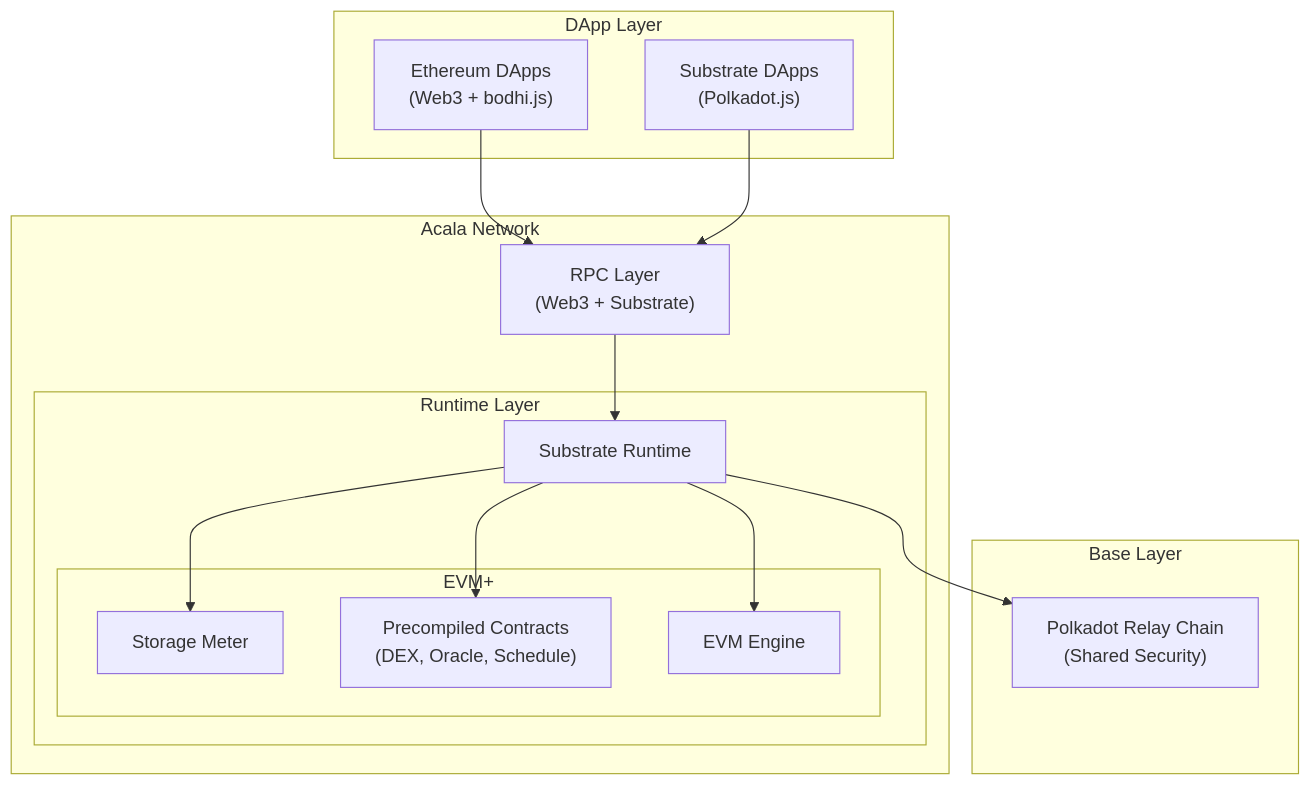
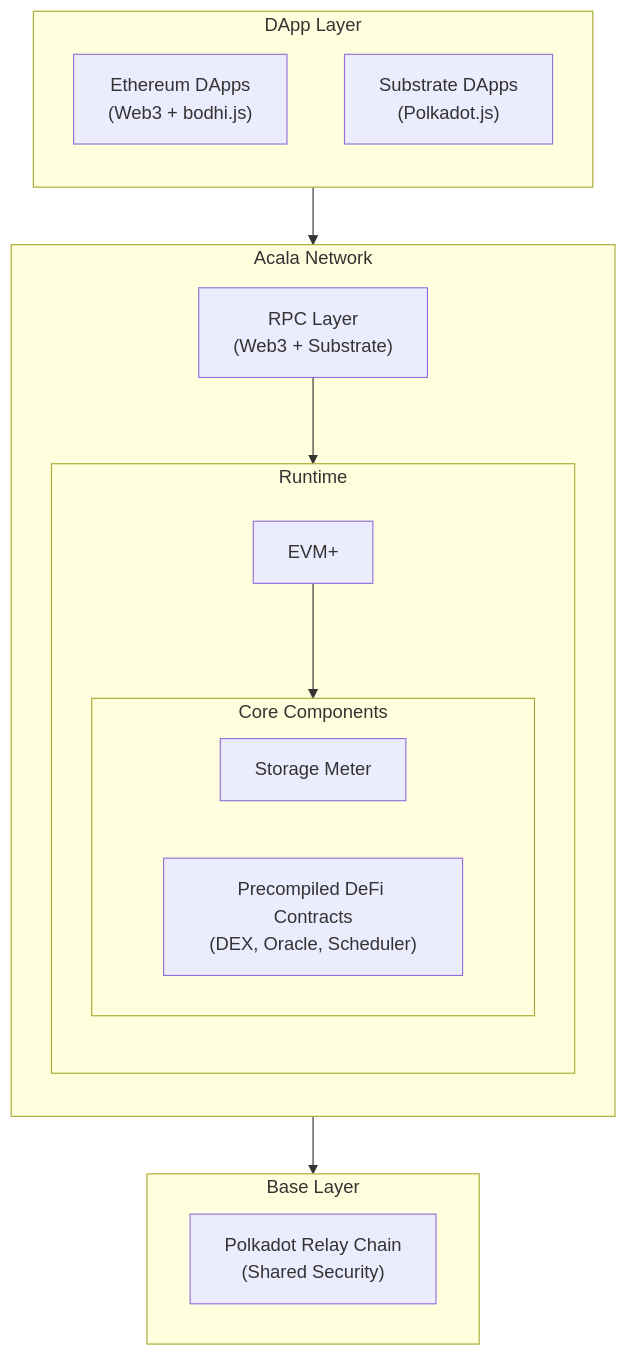
One commit to polkadot-developers/polkadot-docs changed the third of 3 diagrams in develop/smart-contracts/evm/parachain-contracts.md. Above: the diagram before and after it, drawn with Mermaid. The commit also changed other lines of this file, not shown here.

````diff
--- a/develop/smart-contracts/evm/parachain-contracts.md
+++ b/develop/smart-contracts/evm/parachain-contracts.md
@@ -123,34 +145,34 @@
 ```mermaid
 graph TB
-    subgraph "DApp Layer"
+    subgraph A["DApp Layer"]
+        direction TB
         eth["Ethereum DApps\n(Web3 + bodhi.js)"]
         substrate["Substrate DApps\n(Polkadot.js)"]
     end
 
-    subgraph "Acala Network"
+    subgraph B["Acala Network"]
+        direction TB
         rpc["RPC Layer\n(Web3 + Substrate)"]
         
-        subgraph "Runtime Layer"
-            runtime["Substrate Runtime"]
+        subgraph "Runtime"
+            direction TB
+            evmplus["EVM+"]
             
-            subgraph "EVM+"
+            subgraph C["Core Components"]
+                direction LR
                 storage["Storage Meter"]
-                precompiles["Precompiled Contracts\n(DEX, Oracle, Schedule)"]
-                evm["EVM Engine"]
+                precompiles["Precompiled DeFi Contracts\n(DEX, Oracle, Scheduler)"]
             end
         end
     end
 
-    subgraph "Base Layer"
+    subgraph D["Base Layer"]
         dot["Polkadot Relay Chain\n(Shared Security)"]
     end
 
-    %% Connections
-    eth --> rpc
-    substrate --> rpc
-    rpc --> runtime
-    runtime --> evm
-    runtime --> storage
-    runtime --> precompiles
-    runtime --> dot
+    %% Simplified connections
+    A --> B
+    rpc --> evmplus
+    evmplus --> C
+    evmplus --> D
 ```
````
